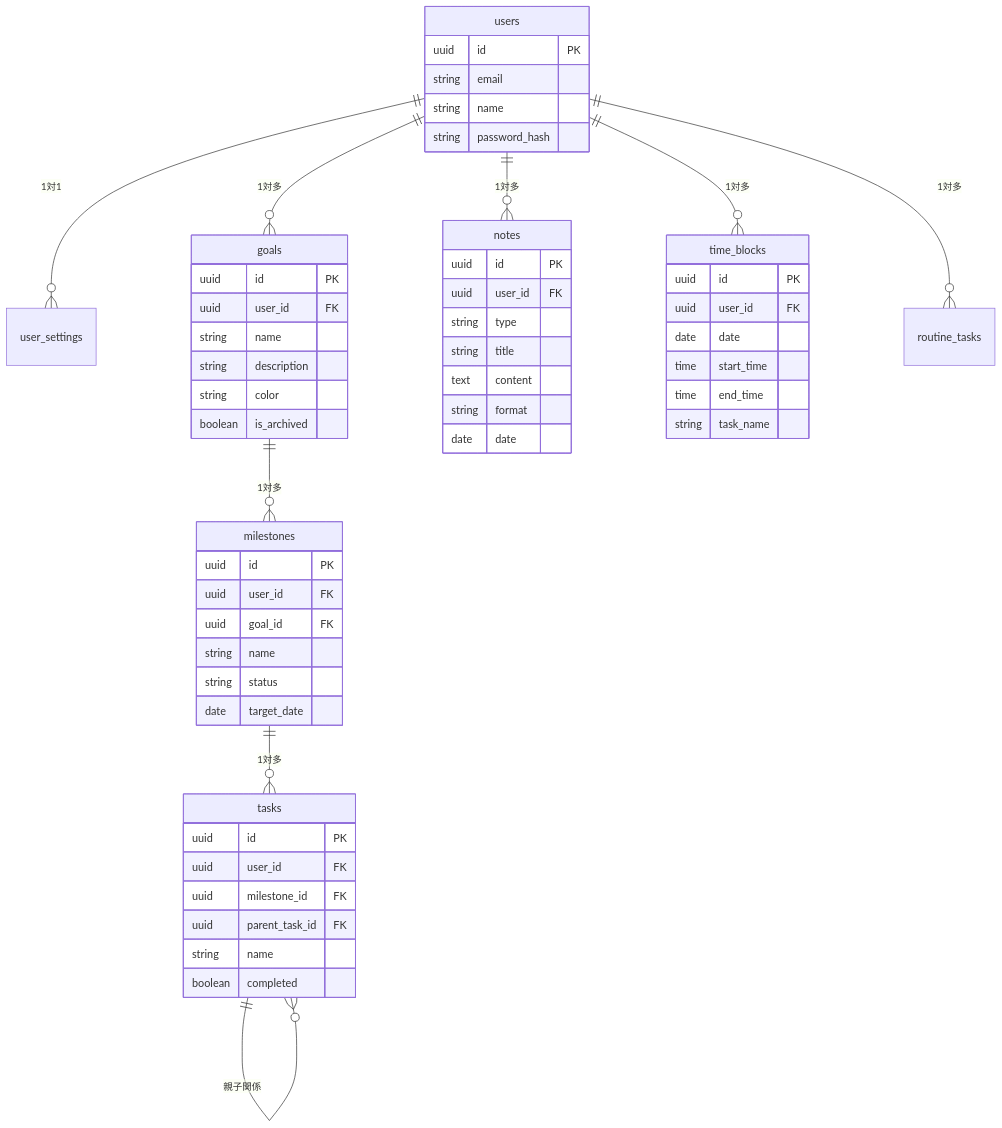
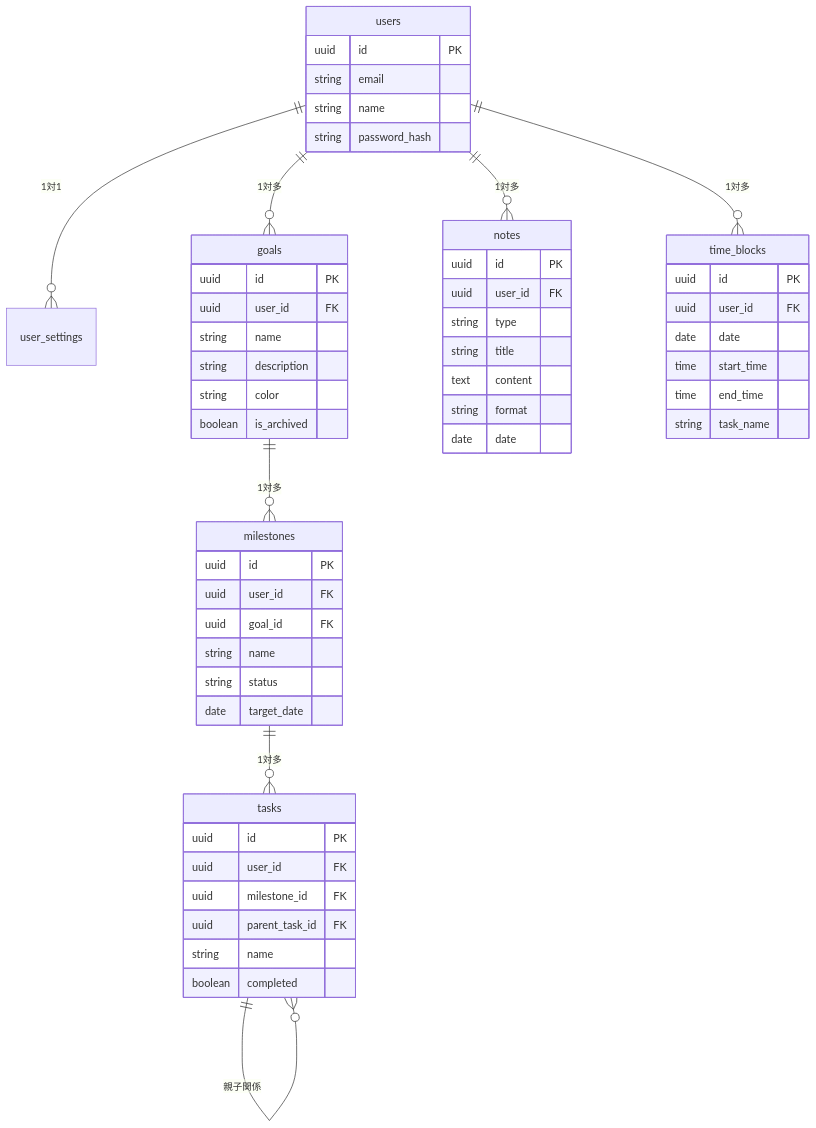
One commit to yu-min3/kensan changed diagram 13 of 18 in mydocs/architecture_guide_for_beginners.md. Above: the diagram before and after it, drawn with Mermaid. The commit also changed other lines of this file and 116 other files, not shown here.

````diff
--- a/mydocs/architecture_guide_for_beginners.md
+++ b/mydocs/architecture_guide_for_beginners.md
@@ -491,65 +646,64 @@
 ```mermaid
 erDiagram
     users ||--o{ user_settings : "1対1"
     users ||--o{ goals : "1対多"
     users ||--o{ notes : "1対多"
     users ||--o{ time_blocks : "1対多"
-    users ||--o{ routine_tasks : "1対多"
 
     goals ||--o{ milestones : "1対多"
     milestones ||--o{ tasks : "1対多"
     tasks ||--o{ tasks : "親子関係"
 
     users {
         uuid id PK
         string email
         string name
         string password_hash
     }
 
     goals {
         uuid id PK
         uuid user_id FK
         string name
         string description
         string color
         boolean is_archived
     }
 
     milestones {
         uuid id PK
         uuid user_id FK
         uuid goal_id FK
         string name
         string status
         date target_date
     }
 
     tasks {
         uuid id PK
         uuid user_id FK
         uuid milestone_id FK
         uuid parent_task_id FK
         string name
         boolean completed
     }
 
     notes {
         uuid id PK
         uuid user_id FK
         string type
         string title
         text content
         string format
         date date
     }
 
     time_blocks {
         uuid id PK
         uuid user_id FK
         date date
         time start_time
         time end_time
         string task_name
     }
 ```
````
